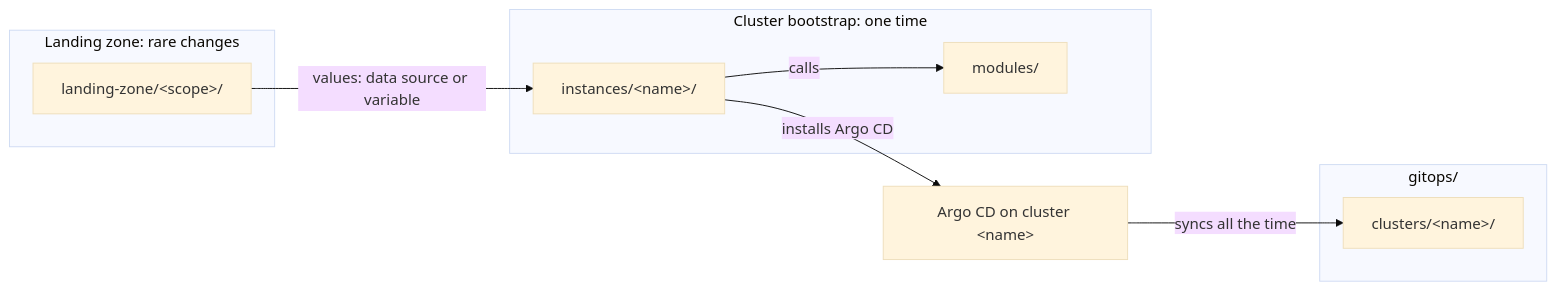
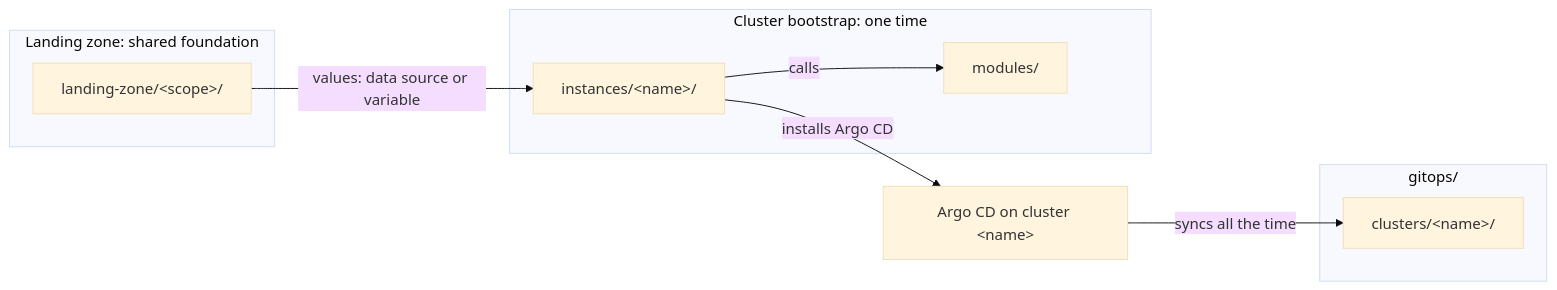
Before and after one commit to gsuquet/homelab: the diagram in docs/explanation/repository-structure.md, drawn with Mermaid (base theme). The commit also changed other lines of this file and 4 other files, not shown here.

````diff
--- a/docs/explanation/repository-structure.md
+++ b/docs/explanation/repository-structure.md
@@ -32,17 +32,17 @@
 ```mermaid
 flowchart LR
-    subgraph lz["Landing zone: rare changes"]
+    subgraph lz["Landing zone: shared foundation"]
         L["landing-zone/#lt;scope#gt;/"]
     end
     subgraph terraform["Cluster bootstrap: one time"]
         M["modules/"]
         I["instances/#lt;name#gt;/"]
         I -->|calls| M
     end
     subgraph git["gitops/"]
         CL["clusters/#lt;name#gt;/"]
     end
     L -->|values: data source or variable| I
     I -->|installs Argo CD| A["Argo CD on cluster #lt;name#gt;"]
     A -->|syncs all the time| CL
 ```
````
